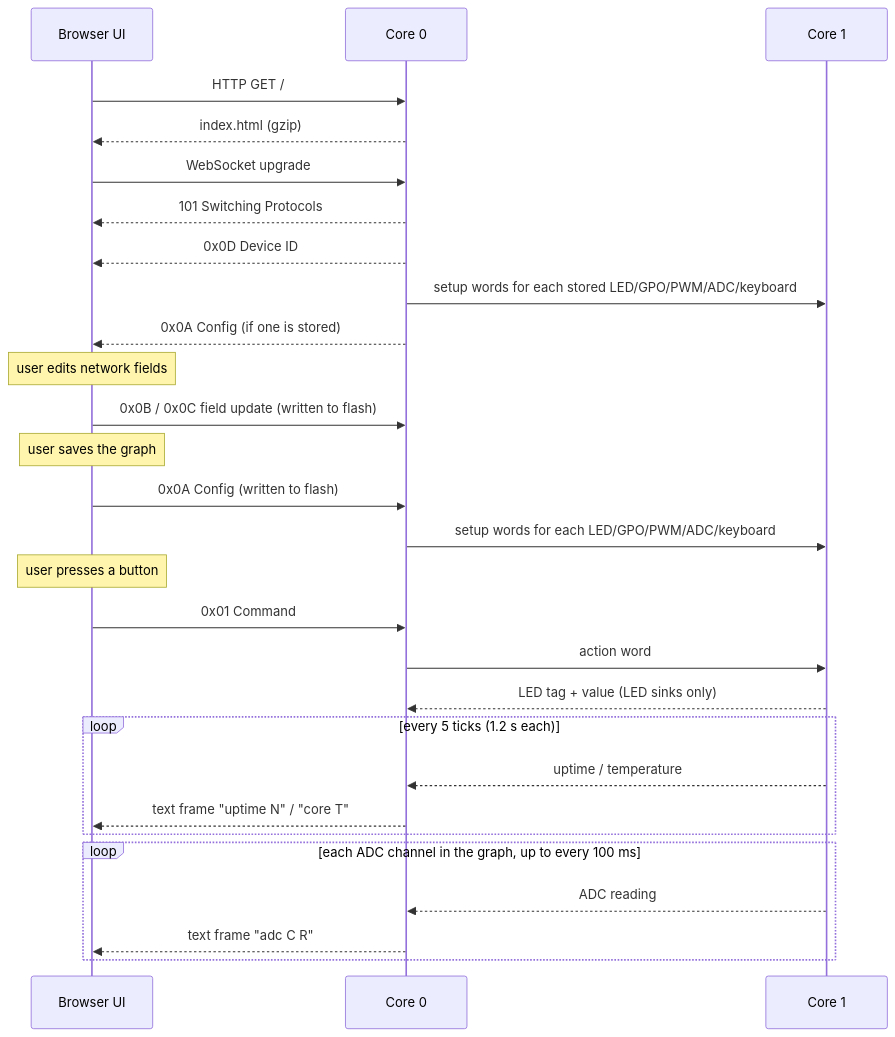
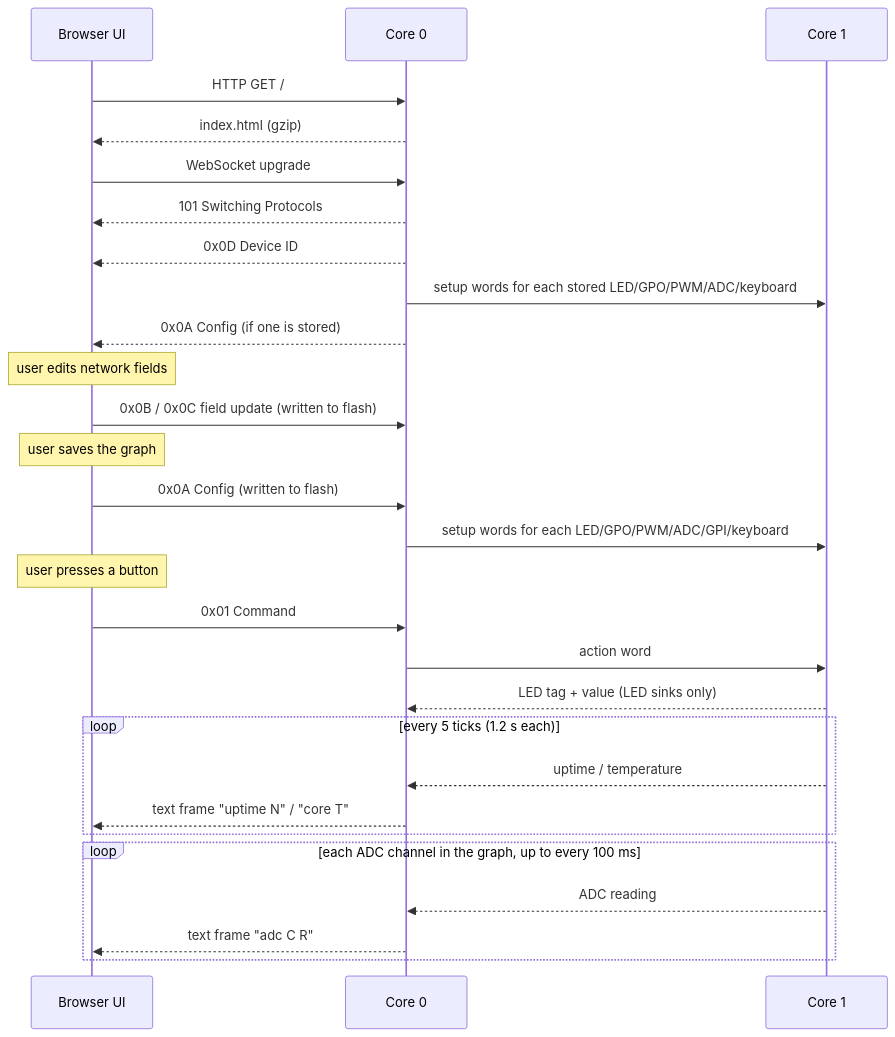
The second of 3 diagrams in PROTOCOL.md (anroleroux/neograph), drawn with Mermaid before and after one commit. The commit also changed other lines of this file and 16 other files, not shown here.

````diff
--- a/PROTOCOL.md
+++ b/PROTOCOL.md
@@ -56,30 +56,30 @@
 ```mermaid
 sequenceDiagram
     participant UI as Browser UI
     participant C0 as Core 0
     participant C1 as Core 1
     UI->>C0: HTTP GET /
     C0-->>UI: index.html (gzip)
     UI->>C0: WebSocket upgrade
     C0-->>UI: 101 Switching Protocols
     C0-->>UI: 0x0D Device ID
     C0->>C1: setup words for each stored LED/GPO/PWM/ADC/keyboard
     C0-->>UI: 0x0A Config (if one is stored)
     Note over UI: user edits network fields
     UI->>C0: 0x0B / 0x0C field update (written to flash)
     Note over UI: user saves the graph
     UI->>C0: 0x0A Config (written to flash)
-    C0->>C1: setup words for each LED/GPO/PWM/ADC/keyboard
+    C0->>C1: setup words for each LED/GPO/PWM/ADC/GPI/keyboard
     Note over UI: user presses a button
     UI->>C0: 0x01 Command
     C0->>C1: action word
     C1-->>C0: LED tag + value (LED sinks only)
     loop every 5 ticks (1.2 s each)
         C1-->>C0: uptime / temperature
         C0-->>UI: text frame "uptime N" / "core T"
     end
     loop each ADC channel in the graph, up to every 100 ms
         C1-->>C0: ADC reading
         C0-->>UI: text frame "adc C R"
     end
 ```
````
